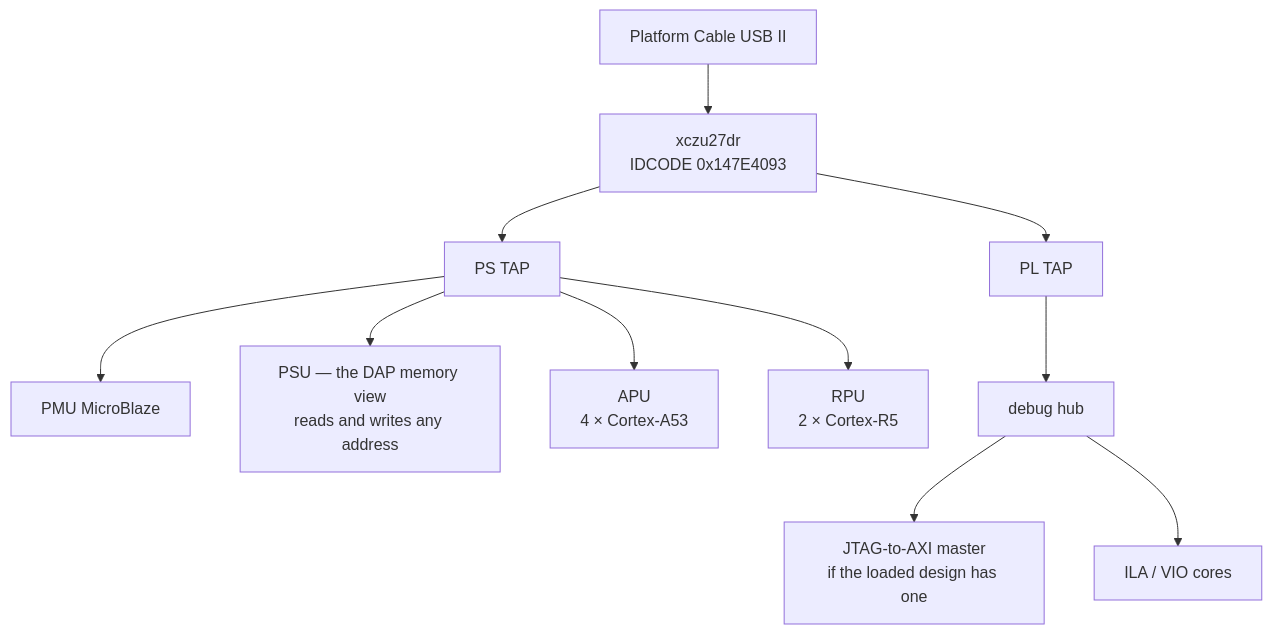
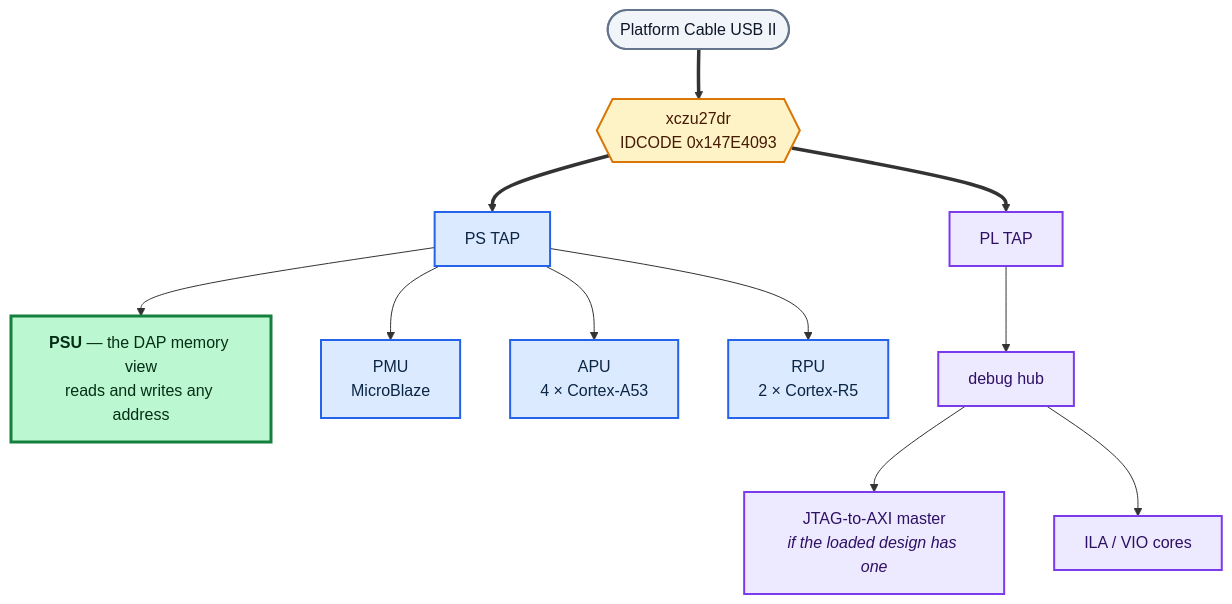
One commit to JutsFunFor/xczu27dr-rfsoc changed the diagram in jtag/README.md. Above: the diagram before and after it, drawn with Mermaid. The commit also changed other lines of this file and 16 other files, not shown here.

````diff
--- a/jtag/README.md
+++ b/jtag/README.md
@@ -32,13 +33,30 @@
 ```mermaid
 flowchart TD
-  CABLE["Platform Cable USB II"] --> TAP["xczu27dr<br/>IDCODE 0x147E4093"]
-  TAP --> PSTAP["PS TAP"]
-  TAP --> PLTAP["PL TAP"]
-  PSTAP --> PMU["PMU MicroBlaze"]
-  PSTAP --> PSU["PSU — the DAP memory view<br/>reads and writes any address"]
+  CABLE(["Platform Cable USB II"])
+  TAP{{"xczu27dr<br/>IDCODE 0x147E4093"}}
+  CABLE ==> TAP
+
+  TAP ==> PSTAP["PS TAP"]
+  TAP ==> PLTAP["PL TAP"]
+
+  PSTAP --> PSU["<b>PSU</b> — the DAP memory view<br/>reads and writes any address"]
+  PSTAP --> PMU["PMU<br/>MicroBlaze"]
   PSTAP --> APU["APU<br/>4 × Cortex-A53"]
   PSTAP --> RPU["RPU<br/>2 × Cortex-R5"]
+
   PLTAP --> HUB["debug hub"]
-  HUB --> AXI["JTAG-to-AXI master<br/>if the loaded design has one"]
+  HUB --> AXI["JTAG-to-AXI master<br/><i>if the loaded design has one</i>"]
   HUB --> ILA["ILA / VIO cores"]
+
+  classDef ps    fill:#dbeafe,stroke:#2563eb,stroke-width:2px,color:#0b2545
+  classDef pl    fill:#ede9fe,stroke:#7c3aed,stroke-width:2px,color:#2e1065
+  classDef clk   fill:#fef3c7,stroke:#d97706,stroke-width:2px,color:#451a03
+  classDef ext   fill:#f1f5f9,stroke:#64748b,stroke-width:2px,color:#0f172a
+  classDef star  fill:#bbf7d0,stroke:#15803d,stroke-width:3px,color:#052e16
+
+  class PSTAP,PMU,APU,RPU ps
+  class PLTAP,HUB,AXI,ILA pl
+  class TAP clk
+  class CABLE ext
+  class PSU star
 ```
````
